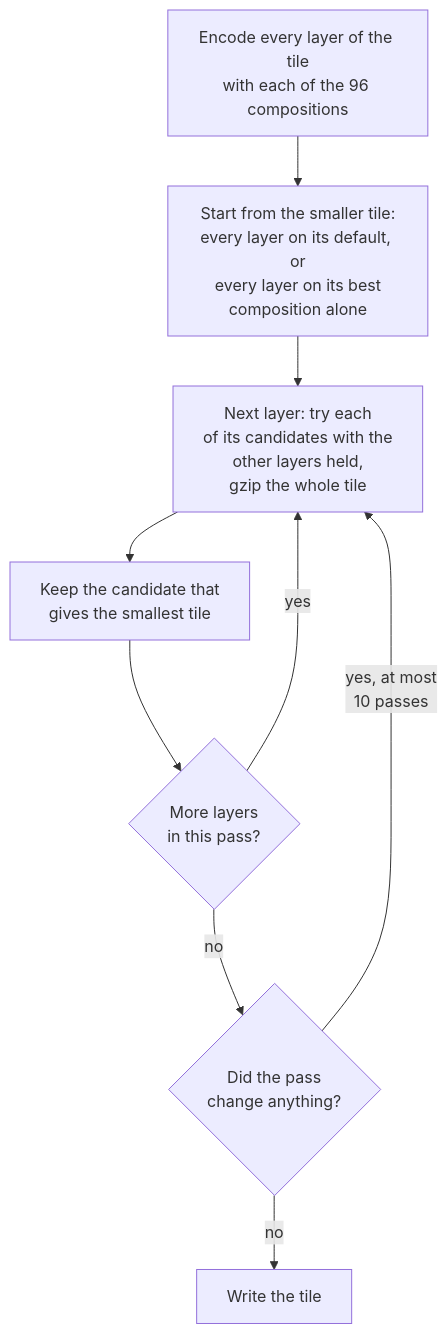
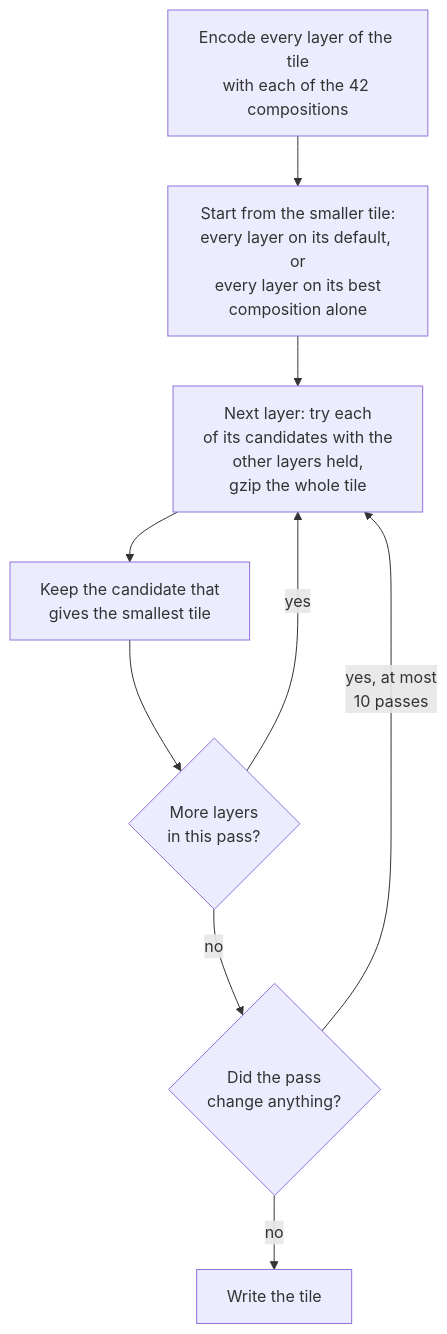
Before and after one commit to Turtelll/Thesis: the second of 2 diagrams in docs/pipeline/01-composition.md, drawn with Mermaid. The commit also changed other lines of this file and 20 other files, not shown here.

````diff
--- a/docs/pipeline/01-composition.md
+++ b/docs/pipeline/01-composition.md
@@ -117,11 +109,11 @@
 ```mermaid
 flowchart TD
-    A["Encode every layer of the tile<br/>with each of the 96 compositions"] --> B["Start from the smaller tile:<br/>every layer on its default, or<br/>every layer on its best<br/>composition alone"]
+    A["Encode every layer of the tile<br/>with each of the 42 compositions"] --> B["Start from the smaller tile:<br/>every layer on its default, or<br/>every layer on its best<br/>composition alone"]
     B --> C["Next layer: try each<br/>of its candidates with the<br/>other layers held,<br/>gzip the whole tile"]
     C --> D["Keep the candidate that<br/>gives the smallest tile"]
     D --> E{"More layers<br/>in this pass?"}
     E -->|yes| C
     E -->|no| F{"Did the pass<br/>change anything?"}
     F -->|"yes, at most<br/>10 passes"| C
     F -->|no| G["Write the tile"]
 ```
````
